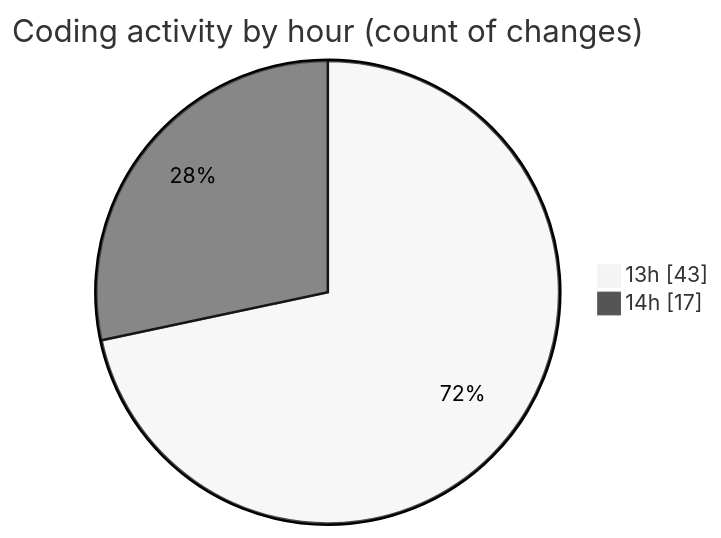
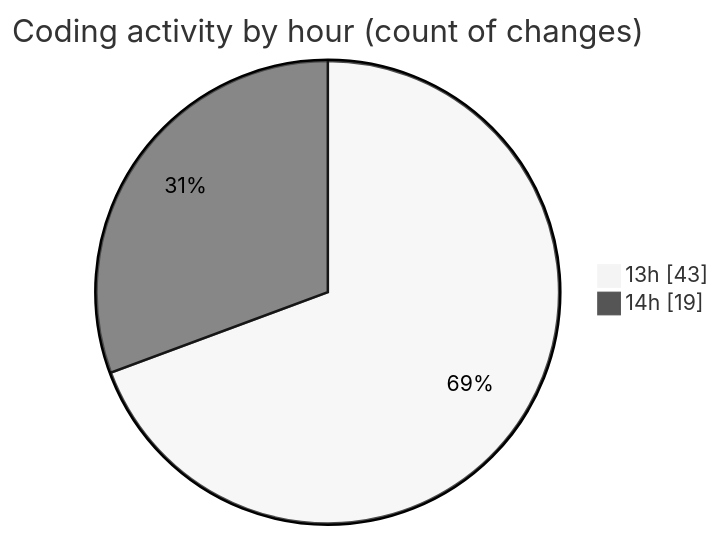
Before and after one commit to MatusMokan/code-tracking: the second of 2 diagrams in 2025-10-04/untitled__workspace_/README.md, drawn with Mermaid (neutral theme). The commit also changed other lines of this file and 1 other file, not shown here.

````diff
--- a/2025-10-04/untitled__workspace_/README.md
+++ b/2025-10-04/untitled__workspace_/README.md
@@ -45,6 +45,6 @@
 ```mermaid
 pie showData
 title Coding activity by hour (count of changes)
 "13h" : 43
-"14h" : 17
+"14h" : 19
 ```
````
